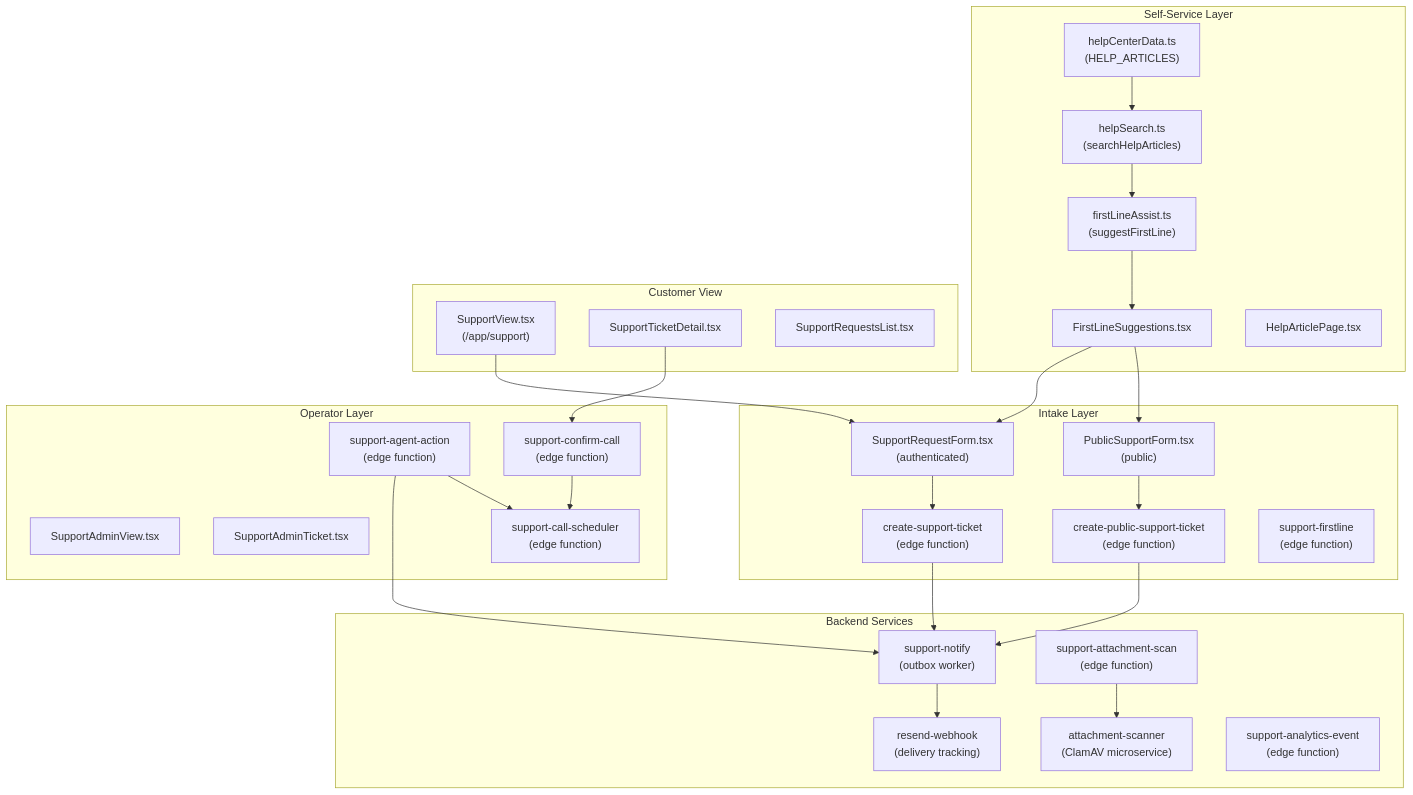
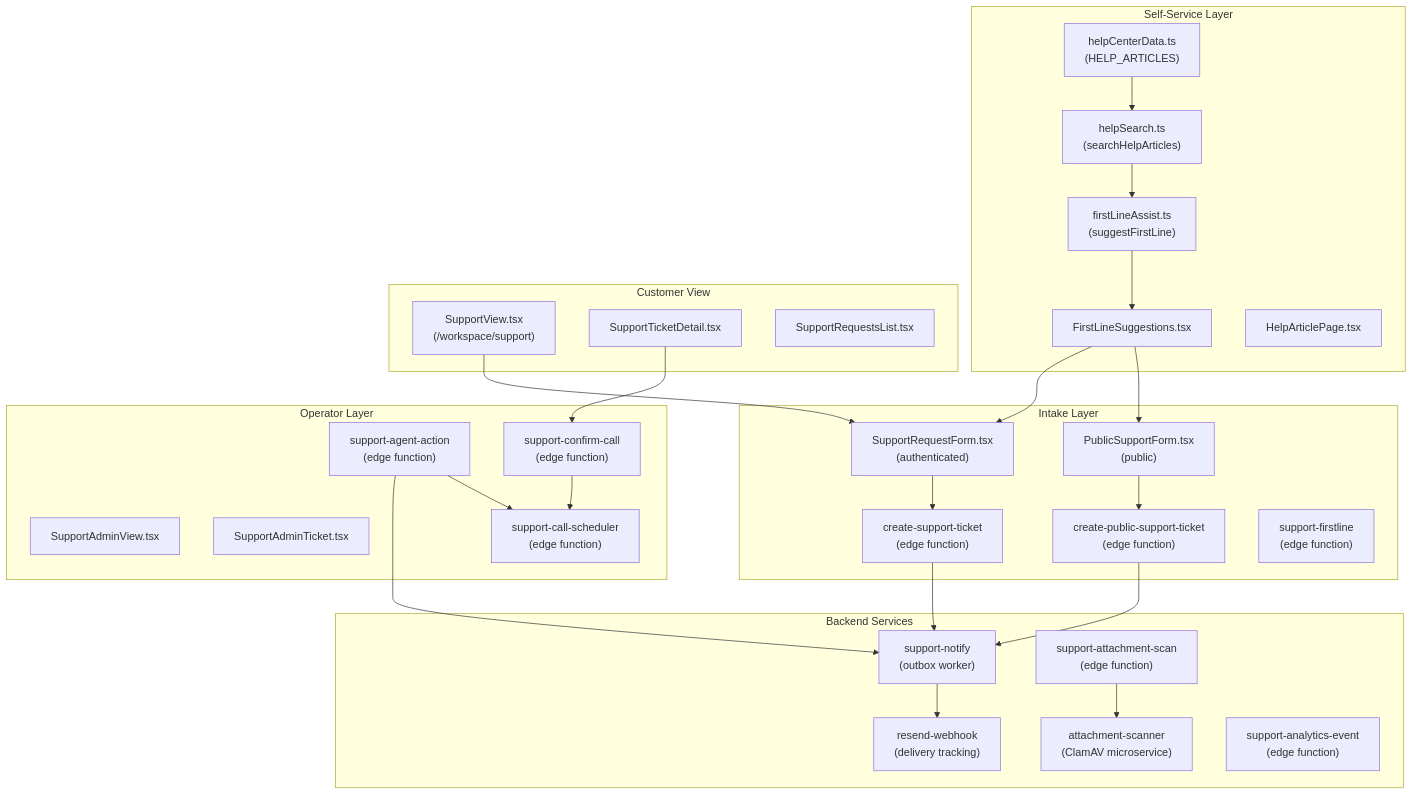
The first of 4 diagrams in docs/wiki/Support-System.md (Dutiva-Canada/Dutiva_Web), drawn with Mermaid before and after one commit. The commit also changed other lines of this file and 107 other files, not shown here.

````diff
--- a/docs/wiki/Support-System.md
+++ b/docs/wiki/Support-System.md
@@ -35,57 +35,57 @@
 ```mermaid
 graph TB
     subgraph "Self-Service Layer"
         HC["helpCenterData.ts\n(HELP_ARTICLES)"]
         HS["helpSearch.ts\n(searchHelpArticles)"]
         FLA["firstLineAssist.ts\n(suggestFirstLine)"]
         FLS["FirstLineSuggestions.tsx"]
         HAP["HelpArticlePage.tsx"]
     end
 
     subgraph "Intake Layer"
         SRF["SupportRequestForm.tsx\n(authenticated)"]
         PSF["PublicSupportForm.tsx\n(public)"]
         CST["create-support-ticket\n(edge function)"]
         CPST["create-public-support-ticket\n(edge function)"]
         SFL["support-firstline\n(edge function)"]
     end
 
     subgraph "Operator Layer"
         SAV["SupportAdminView.tsx"]
         SAT["SupportAdminTicket.tsx"]
         SAA["support-agent-action\n(edge function)"]
         SCS["support-call-scheduler\n(edge function)"]
         SCC["support-confirm-call\n(edge function)"]
     end
 
     subgraph "Backend Services"
         SN["support-notify\n(outbox worker)"]
         SAS["support-attachment-scan\n(edge function)"]
         AS["attachment-scanner\n(ClamAV microservice)"]
         RW["resend-webhook\n(delivery tracking)"]
         SAE["support-analytics-event\n(edge function)"]
     end
 
     subgraph "Customer View"
-        SV["SupportView.tsx\n(/app/support)"]
+        SV["SupportView.tsx\n(/workspace/support)"]
         STD["SupportTicketDetail.tsx"]
         SRL["SupportRequestsList.tsx"]
     end
 
     HC --> HS
     HS --> FLA
     FLA --> FLS
     FLS --> SRF
     FLS --> PSF
     SRF --> CST
     PSF --> CPST
     CST --> SN
     CPST --> SN
     SN --> RW
     SAA --> SN
     SAA --> SCS
     SCC --> SCS
     SAS --> AS
     SV --> SRF
     STD --> SCC
 ```
````
